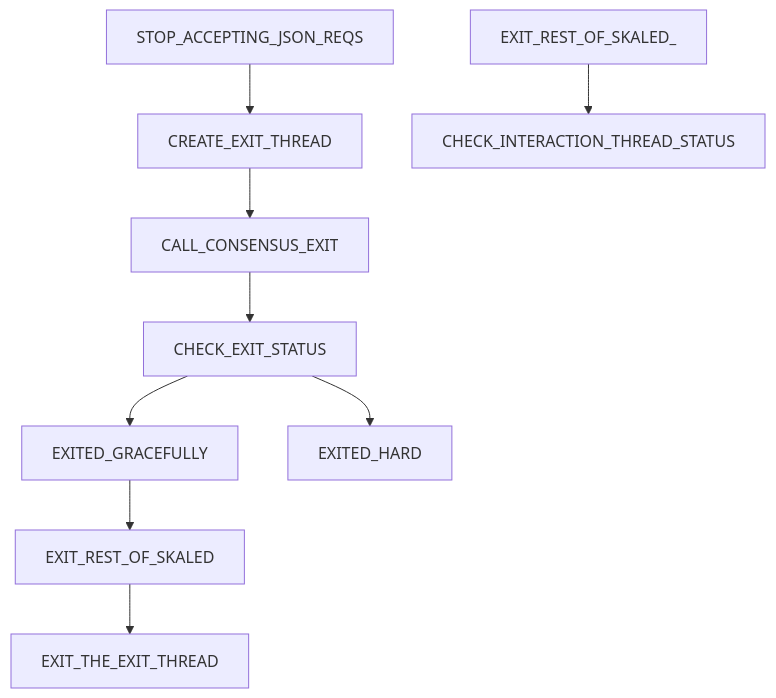
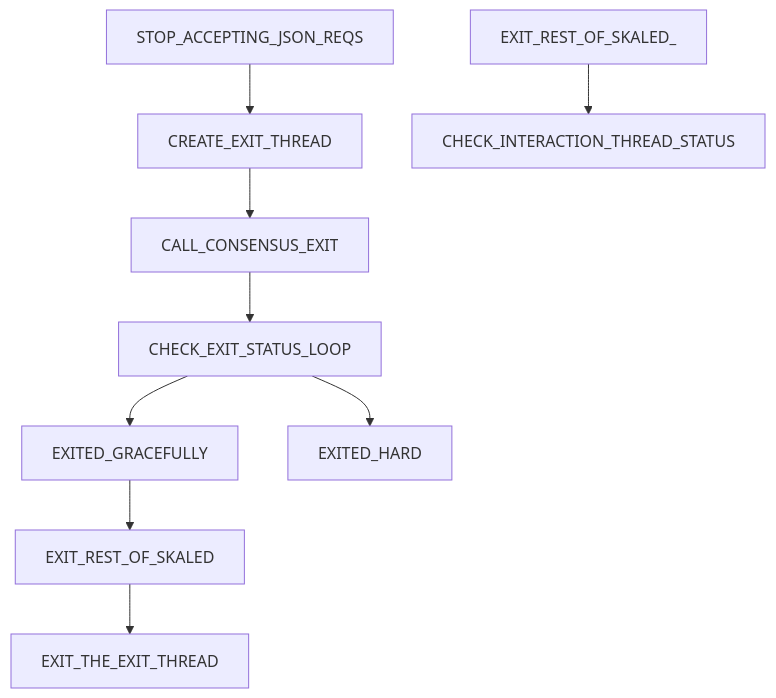
The diagram in docs/exit.md (skalenetwork/skale-consensus), drawn with Mermaid before and after one commit.

Commit message:
1425 threading rules

````diff
--- a/docs/exit.md
+++ b/docs/exit.md
@@ -16,12 +16,12 @@
 ```mermaid
 graph TD;
     STOP_ACCEPTING_JSON_REQS-->CREATE_EXIT_THREAD;
     CREATE_EXIT_THREAD-->CALL_CONSENSUS_EXIT;
-    CALL_CONSENSUS_EXIT-->CHECK_EXIT_STATUS;
-    CHECK_EXIT_STATUS-->EXITED_GRACEFULLY;
+    CALL_CONSENSUS_EXIT-->CHECK_EXIT_STATUS_LOOP;
+    CHECK_EXIT_STATUS_LOOP-->EXITED_GRACEFULLY;
     EXITED_GRACEFULLY-->EXIT_REST_OF_SKALED;
     EXIT_REST_OF_SKALED-->EXIT_THE_EXIT_THREAD;
-    CHECK_EXIT_STATUS-->EXITED_HARD;
+    CHECK_EXIT_STATUS_LOOP-->EXITED_HARD;
     EXIT_REST_OF_SKALED_-->CHECK_INTERACTION_THREAD_STATUS;
     CHECK_INTERACTION_THREAD_STATUS
 ```
````
